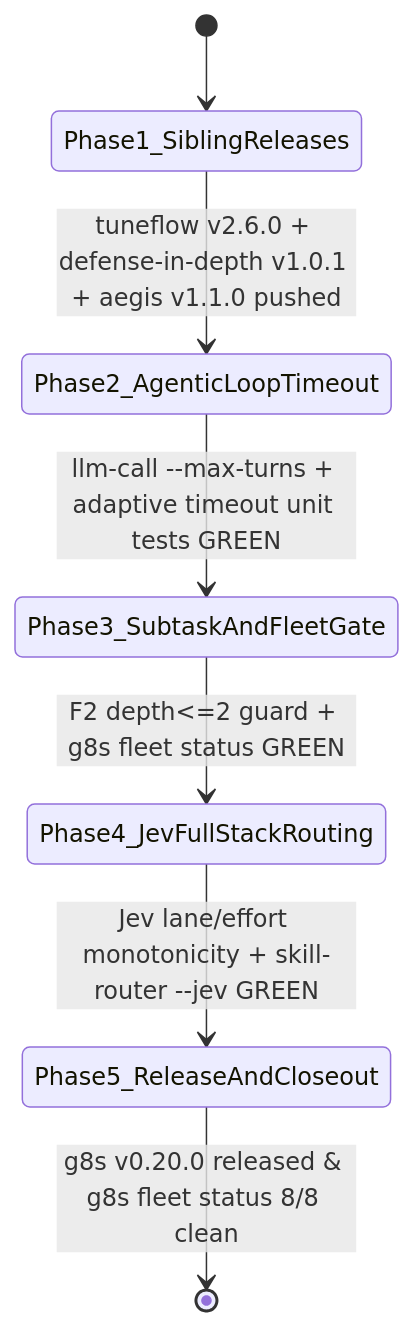
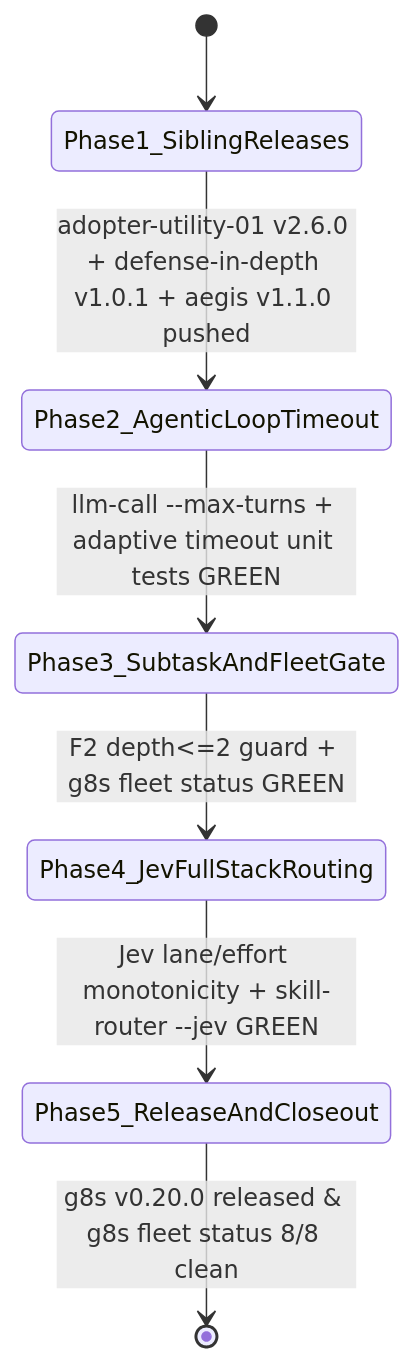
Before and after one commit to tamld/g8s: the diagram in plans/261024-v020-jev-9router-f0f1f2-fleet/plan.md, drawn with Mermaid. The commit also changed other lines of this file and 44 other files, not shown here.

````diff
--- a/plans/261024-v020-jev-9router-f0f1f2-fleet/plan.md
+++ b/plans/261024-v020-jev-9router-f0f1f2-fleet/plan.md
@@ -47,9 +47,9 @@
 ```mermaid
 stateDiagram-v2
     [*] --> Phase1_SiblingReleases
-    Phase1_SiblingReleases --> Phase2_AgenticLoopTimeout: tuneflow v2.6.0 + defense-in-depth v1.0.1 + aegis v1.1.0 pushed
+    Phase1_SiblingReleases --> Phase2_AgenticLoopTimeout: adopter-utility-01 v2.6.0 + defense-in-depth v1.0.1 + aegis v1.1.0 pushed
     Phase2_AgenticLoopTimeout --> Phase3_SubtaskAndFleetGate: llm-call --max-turns + adaptive timeout unit tests GREEN
     Phase3_SubtaskAndFleetGate --> Phase4_JevFullStackRouting: F2 depth<=2 guard + g8s fleet status GREEN
     Phase4_JevFullStackRouting --> Phase5_ReleaseAndCloseout: Jev lane/effort monotonicity + skill-router --jev GREEN
     Phase5_ReleaseAndCloseout --> [*]: g8s v0.20.0 released & g8s fleet status 8/8 clean
 ```
````
